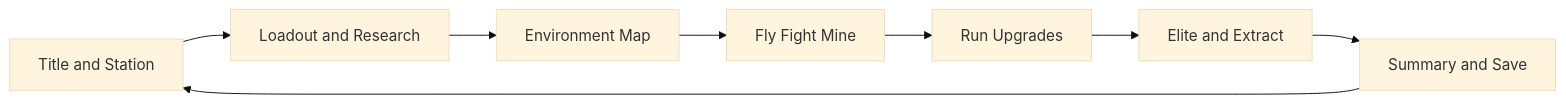
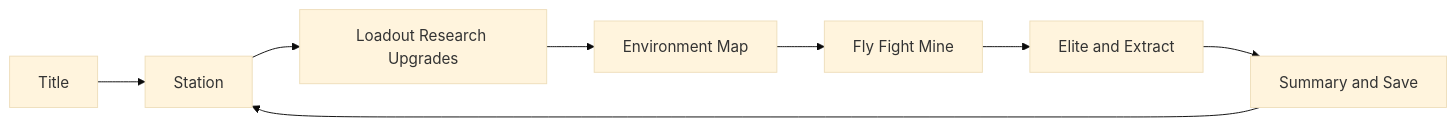
One commit to pabloordonez/monogame-ship-incremental changed the first of 3 diagrams in README.md. Above: the diagram before and after it, drawn with Mermaid (base theme). The commit also changed other lines of this file and 12 other files, not shown here.

````diff
--- a/README.md
+++ b/README.md
@@ -7,10 +7,10 @@
 ```mermaid
 flowchart LR
-  Title[Title and Station] --> Loadout[Loadout and Research]
+  Title[Title] --> Station[Station]
+  Station --> Loadout[Loadout Research Upgrades]
   Loadout --> Map[Environment Map]
   Map --> Run[Fly Fight Mine]
-  Run --> Upgrades[Run Upgrades]
-  Upgrades --> Elite[Elite and Extract]
+  Run --> Elite[Elite and Extract]
   Elite --> Summary[Summary and Save]
-  Summary --> Title
+  Summary --> Station
 ```
````
